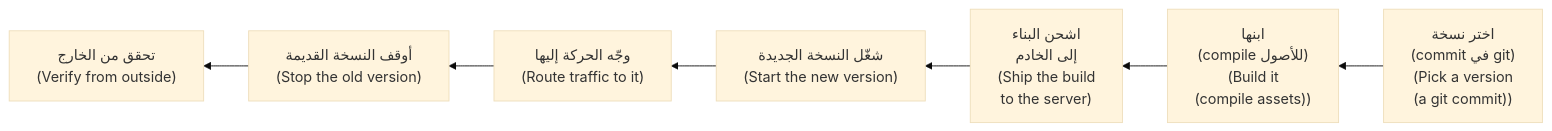
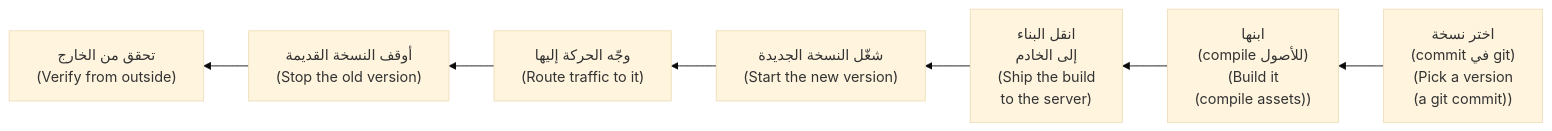
Before and after one commit to Tamoura/system-design-for-vibe-coders: the first of 5 diagrams in modules/04-deploys/module.ar.md, drawn with Mermaid (base theme). The commit also changed other lines of this file and 433 other files, not shown here.

````diff
--- a/modules/04-deploys/module.ar.md
+++ b/modules/04-deploys/module.ar.md
@@ -31,9 +33,9 @@
 ```mermaid
 flowchart RL
     A["اختر نسخة<br/>(commit في git)<br/>(Pick a version<br/>(a git commit))"] --> B["ابنها<br/>(compile للأصول)<br/>(Build it<br/>(compile assets))"]
-    B --> C["اشحن البناء<br/>إلى الخادم<br/>(Ship the build<br/>to the server)"]
+    B --> C["انقل البناء<br/>إلى الخادم<br/>(Ship the build<br/>to the server)"]
     C --> D["شغّل النسخة الجديدة<br/>(Start the new version)"]
     D --> E["وجّه الحركة إليها<br/>(Route traffic to it)"]
     E --> F["أوقف النسخة القديمة<br/>(Stop the old version)"]
     F --> G["تحقق من الخارج<br/>(Verify from outside)"]
 ```
````
